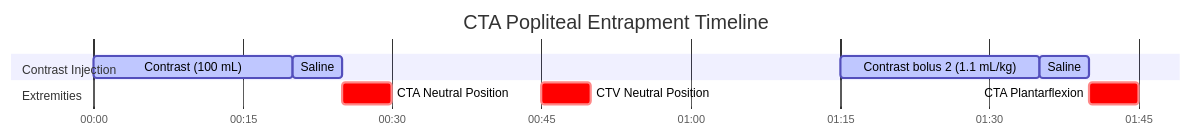
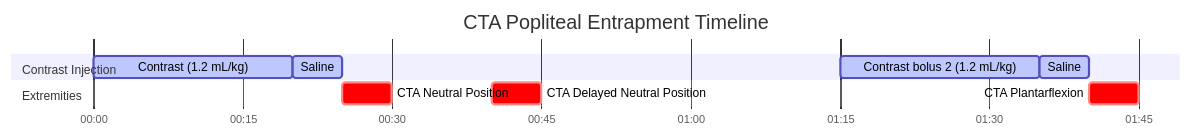
The diagram in docs/ct/vascular/cta-popliteal-entrapment.md (dfergs93/radiology-protocols), drawn with Mermaid before and after one commit. The commit also changed other lines of this file and 13 other files, not shown here.

````diff
--- a/docs/ct/vascular/cta-popliteal-entrapment.md
+++ b/docs/ct/vascular/cta-popliteal-entrapment.md
@@ -87,23 +87,23 @@
   ```mermaid
   ---
   displayMode: compact
   config:
     theme: default
     themeCSS: " #Saline{ fill: #4ed5ff; stroke: #2094f3; } "
   ---
     gantt
       title CTA Popliteal Entrapment Timeline
       dateFormat mm:ss
       axisFormat %M:%S 
       
       section Contrast Injection
-      Contrast (100 mL)    :active, contrast, 00:00, 20s
+      Contrast (1.2 mL/kg)    :active, contrast, 00:00, 20s
       Saline          :active, saline, after contrast, 5s
-      Contrast bolus 2 (1.1 mL/kg)  :active, contrast2, 01:15, 20s
+      Contrast bolus 2 (1.2 mL/kg)  :active, contrast2, 01:15, 20s
       Saline                  :active, saline2, after contrast2, 5s
       section Extremities
       CTA Neutral Position    :crit, scan1, after saline, 5s
-      CTV Neutral Position    :crit, scan2, 00:45, 5s
+      CTA Delayed Neutral Position    :crit, scan2, 00:40, 5s
       CTA Plantarflexion    :crit, scan3, after saline2, 5s
 
   ```
````
